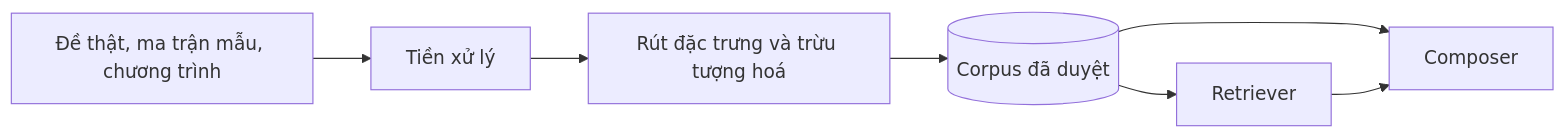
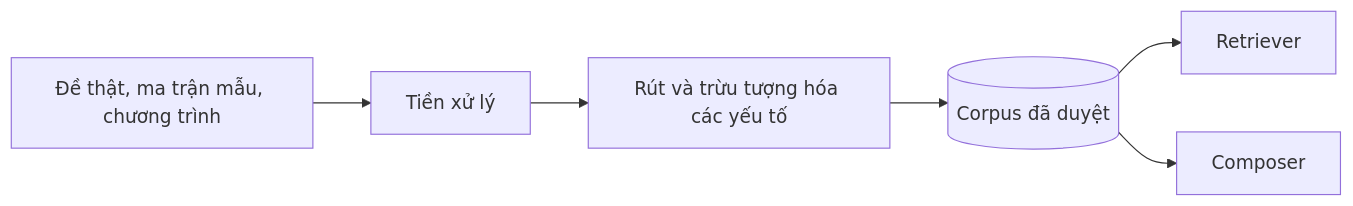
One commit to ndmhuy/ASTRA changed the ninth of 16 diagrams in docs/ct-slide-plan.md. Above: the diagram before and after it, drawn with Mermaid. The commit also changed other lines of this file and 1 other file, not shown here.

````diff
--- a/docs/ct-slide-plan.md
+++ b/docs/ct-slide-plan.md
@@ -452,9 +382,8 @@
 ```mermaid
 flowchart LR
     RAW["Đề thật, ma trận mẫu, chương trình"] --> PRE["Tiền xử lý"]
-    PRE --> FE["Rút đặc trưng và trừu tượng hoá"]
+    PRE --> FE["Rút và trừu tượng hóa các yếu tố"]
     FE --> DB[("Corpus đã duyệt")]
     DB --> RT["Retriever"]
     DB --> CP["Composer"]
-    RT --> CP
 ```
````
